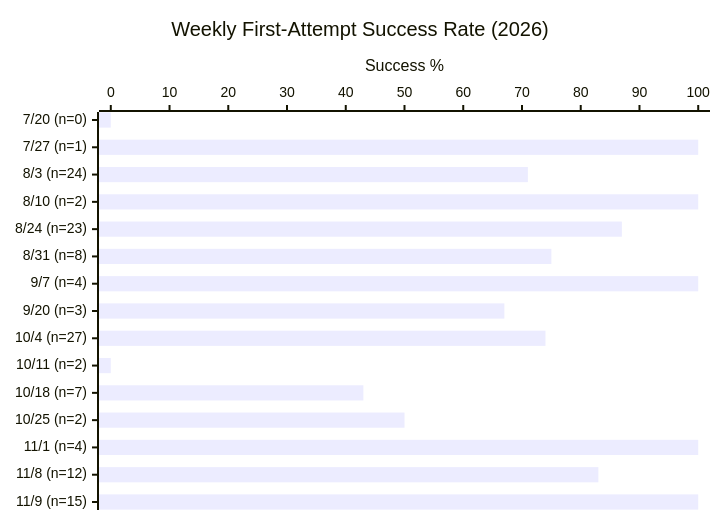
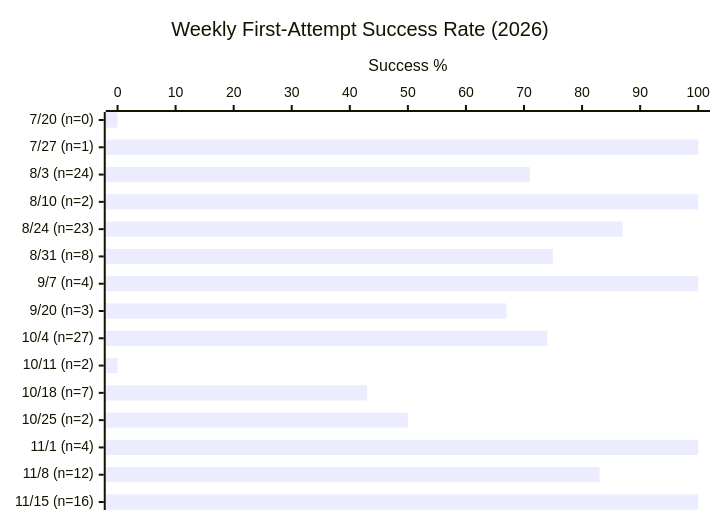
Before and after one commit to Sanctum-Origo-Systems/patina: the first of 3 diagrams in EVAL.md, drawn with Mermaid. The commit also changed other lines of this file and 1 other file, not shown here.

````diff
--- a/EVAL.md
+++ b/EVAL.md
@@ -17,7 +17,7 @@
 ```mermaid
 xychart-beta horizontal
     title "Weekly First-Attempt Success Rate (2026)"
-    x-axis ["7/20 (n=0)", "7/27 (n=1)", "8/3 (n=24)", "8/10 (n=2)", "8/24 (n=23)", "8/31 (n=8)", "9/7 (n=4)", "9/20 (n=3)", "10/4 (n=27)", "10/11 (n=2)", "10/18 (n=7)", "10/25 (n=2)", "11/1 (n=4)", "11/8 (n=12)", "11/9 (n=15)"]
+    x-axis ["7/20 (n=0)", "7/27 (n=1)", "8/3 (n=24)", "8/10 (n=2)", "8/24 (n=23)", "8/31 (n=8)", "9/7 (n=4)", "9/20 (n=3)", "10/4 (n=27)", "10/11 (n=2)", "10/18 (n=7)", "10/25 (n=2)", "11/1 (n=4)", "11/8 (n=12)", "11/15 (n=16)"]
     y-axis "Success %" 0 --> 100
     bar [0, 100, 71, 100, 87, 75, 100, 67, 74, 0, 43, 50, 100, 83, 100]
 ```
````
